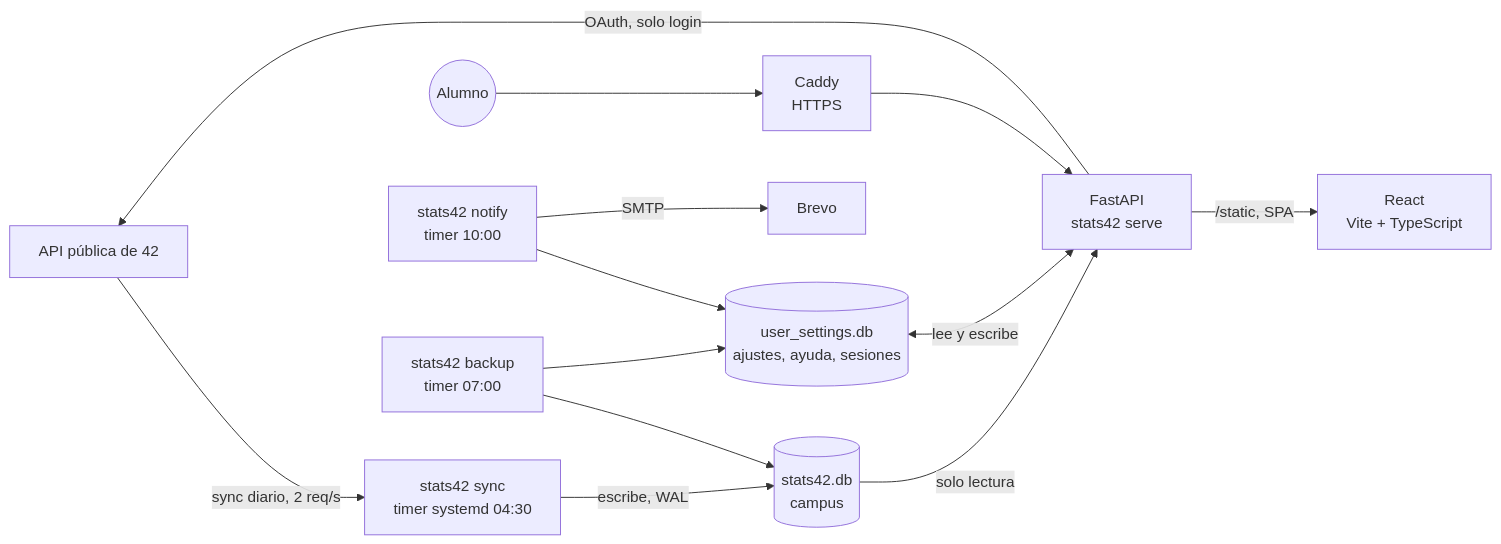
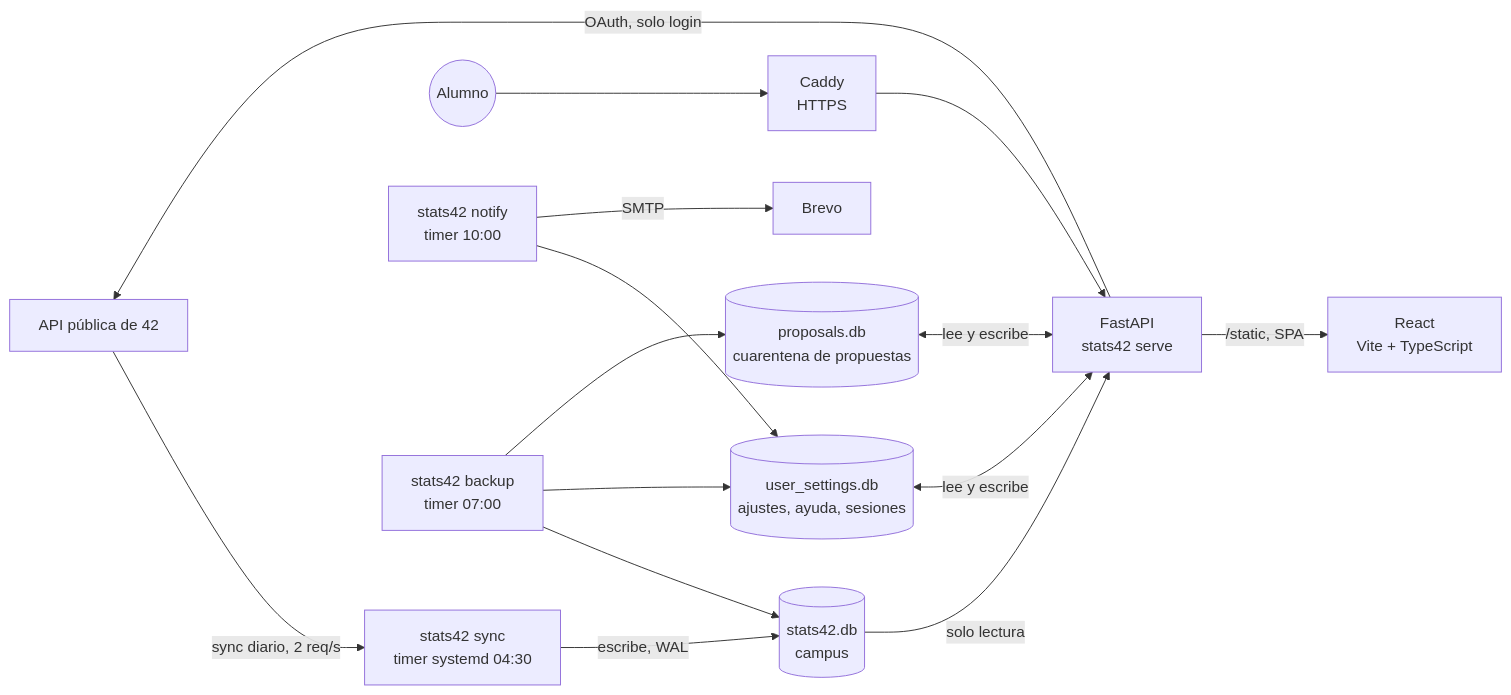
Before and after one commit to jzelada97/42stats: the diagram in README.md, drawn with Mermaid. The commit also changed other lines of this file and 11 other files, not shown here.

````diff
--- a/README.md
+++ b/README.md
@@ -44,15 +44,17 @@
 ```mermaid
 flowchart LR
     API[API pública de 42] -->|sync diario, 2 req/s| SYNC[stats42 sync<br/>timer systemd 04:30]
     SYNC -->|escribe, WAL| CAMPUS[(stats42.db<br/>campus)]
     CAMPUS -->|solo lectura| WEB[FastAPI<br/>stats42 serve]
     SETTINGS[(user_settings.db<br/>ajustes, ayuda, sesiones)] <-->|lee y escribe| WEB
+    QUARANTINE[(proposals.db<br/>cuarentena de propuestas)] <-->|lee y escribe| WEB
     WEB -->|/static, SPA| UI[React<br/>Vite + TypeScript]
     CADDY[Caddy<br/>HTTPS] --> WEB
     USER((Alumno)) --> CADDY
     WEB -->|OAuth, solo login| API
     NOTIFY[stats42 notify<br/>timer 10:00] --> SETTINGS
     NOTIFY -->|SMTP| BREVO[Brevo]
     BACKUP[stats42 backup<br/>timer 07:00] --> CAMPUS
     BACKUP --> SETTINGS
+    BACKUP --> QUARANTINE
 ```
````
